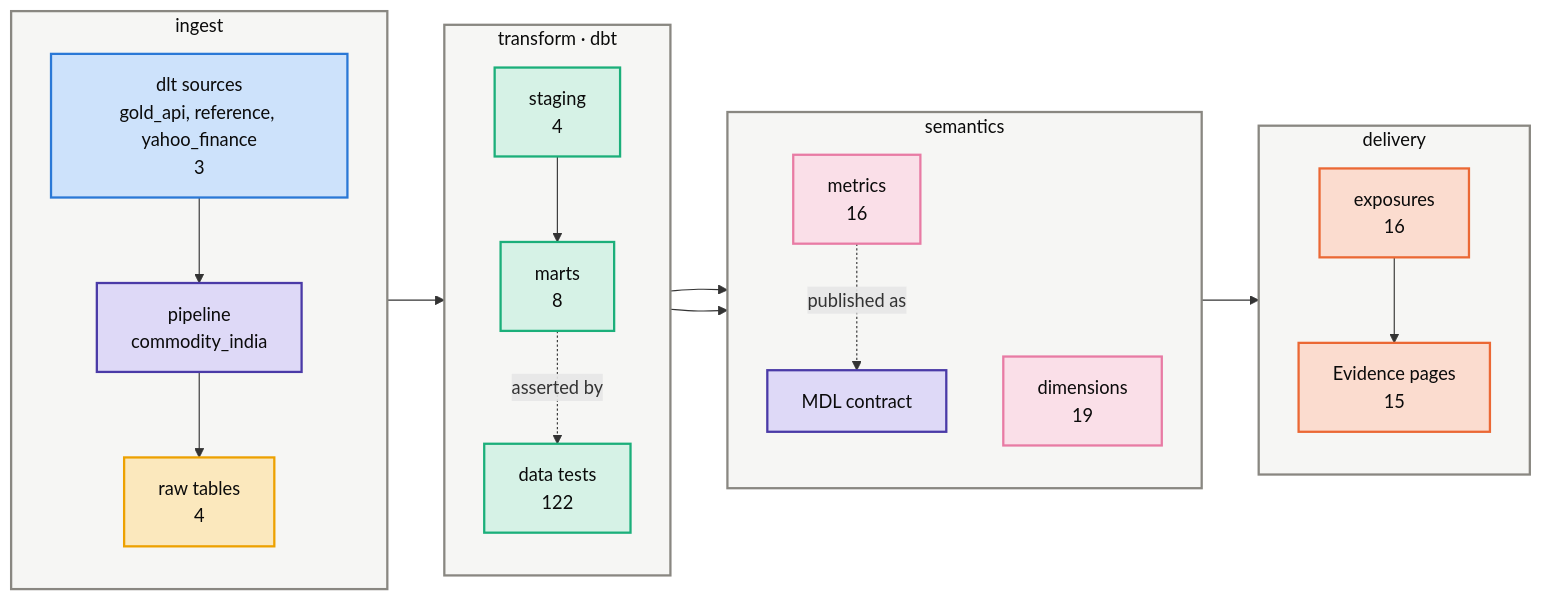
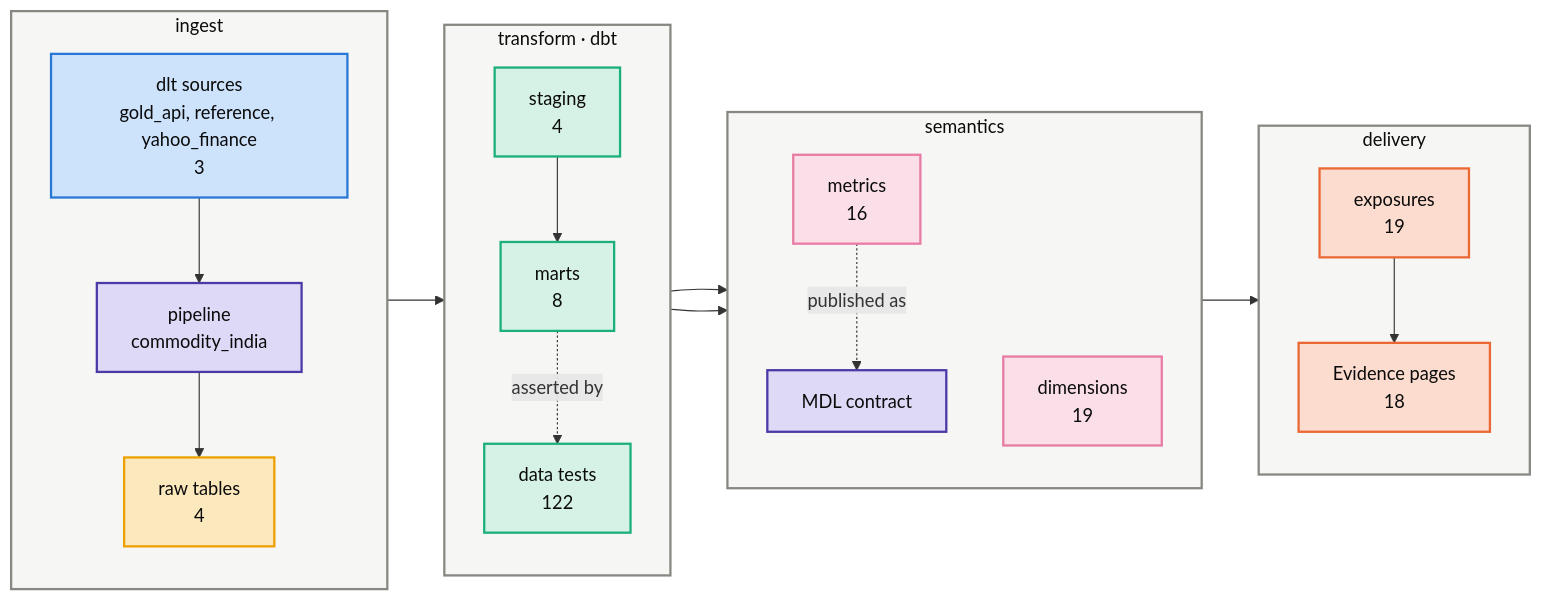
The first of 3 diagrams in groups/commodity/projects/commodity-india/kg/architecture.md (Atomz-org/data-platform), drawn with Mermaid before and after one commit. The commit also changed other lines of this file and 2 other files, not shown here.

Commit message:
Rebuild the graphs and maps CI checks, for what this PR touches
`pf kg build` then `pf arch`, with no local warehouse — the same commands
the kg-current and architecture jobs run — and the repository-wide maps the
suite compares. Generated output only, so it is committed with --no-verify
like the fold it follows.

````diff
--- a/groups/commodity/projects/commodity-india/kg/architecture.md
+++ b/groups/commodity/projects/commodity-india/kg/architecture.md
@@ -10,41 +10,41 @@
 ```mermaid
 flowchart LR
     subgraph LI["ingest"]
         direction TB
         I1["dlt sources<br/>gold_api, reference, yahoo_finance<br/>3"]:::ingress
         I2["pipeline<br/>commodity_india"]:::platform
         I3["raw tables<br/>4"]:::raw
     end
     subgraph LT["transform · dbt"]
         direction TB
         T1["staging<br/>4"]:::model
         T2["marts<br/>8"]:::model
         T3["data tests<br/>122"]:::model
     end
     subgraph LS["semantics"]
         direction TB
         S1["metrics<br/>16"]:::metric
         S2["dimensions<br/>19"]:::metric
         S3["MDL contract"]:::platform
     end
     subgraph LD["delivery"]
         direction TB
-        D1["exposures<br/>16"]:::exposure
-        D2["Evidence pages<br/>15"]:::exposure
+        D1["exposures<br/>19"]:::exposure
+        D2["Evidence pages<br/>18"]:::exposure
     end
     I1 --> I2 --> I3 --> T1 --> T2
     T2 --> S1 --> D1 --> D2
     T2 --> S2
     S1 -.published as.-> S3
     T2 -.asserted by.-> T3
     classDef ingress fill:#cde2fb,stroke:#2a78d6,stroke-width:2px,color:#0b0b0b
     classDef platform fill:#ded9f7,stroke:#4a3aa7,stroke-width:2px,color:#0b0b0b
     classDef raw fill:#fbe8bd,stroke:#eda100,stroke-width:2px,color:#0b0b0b
     classDef model fill:#d6f2e6,stroke:#1baf7a,stroke-width:2px,color:#0b0b0b
     classDef metric fill:#fadfe8,stroke:#e87ba4,stroke-width:2px,color:#0b0b0b
     classDef exposure fill:#fbdccf,stroke:#eb6834,stroke-width:2px,color:#0b0b0b
     classDef neutral fill:#e8e7e2,stroke:#898781,stroke-width:2px,color:#0b0b0b
     classDef project fill:#e3eefc,stroke:#2a78d6,stroke-width:2px,color:#0b0b0b
     classDef lane fill:#f6f6f4,stroke:#898781,stroke-width:2px,color:#0b0b0b
     class LI,LT,LS,LD lane
 ```
````
